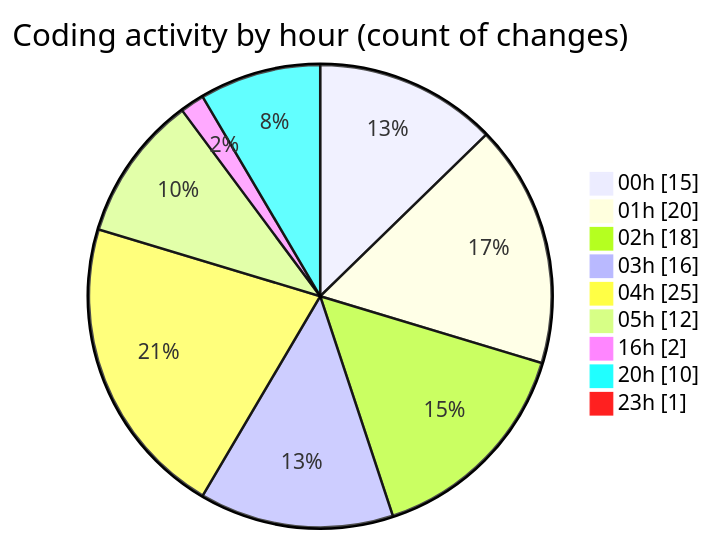
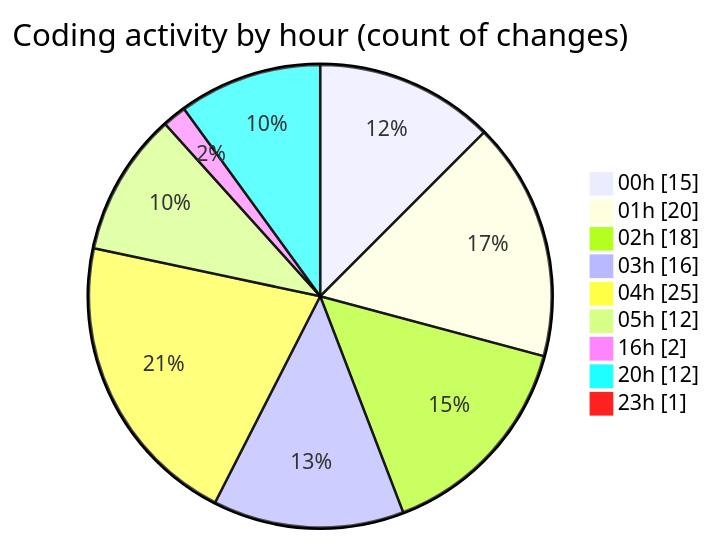
One commit to lephambinh05/code-tracking changed the second of 2 diagrams in 2025-08-04/studybuddy/README.md. Above: the diagram before and after it, drawn with Mermaid. The commit also changed other lines of this file and 1 other file, not shown here.

````diff
--- a/2025-08-04/studybuddy/README.md
+++ b/2025-08-04/studybuddy/README.md
@@ -58,13 +58,13 @@
 ```mermaid
 pie showData
 title Coding activity by hour (count of changes)
 "00h" : 15
 "01h" : 20
 "02h" : 18
 "03h" : 16
 "04h" : 25
 "05h" : 12
 "16h" : 2
-"20h" : 10
+"20h" : 12
 "23h" : 1
 ```
````
